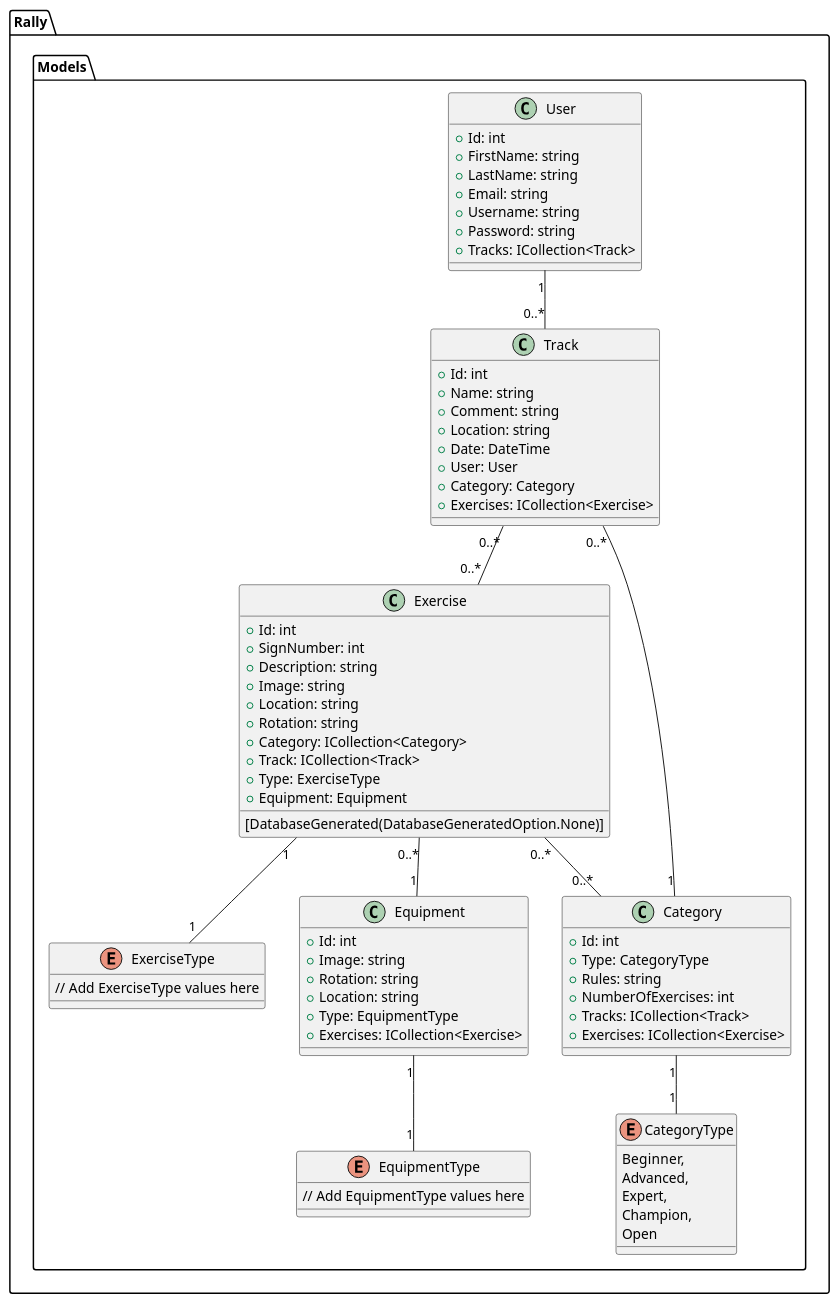
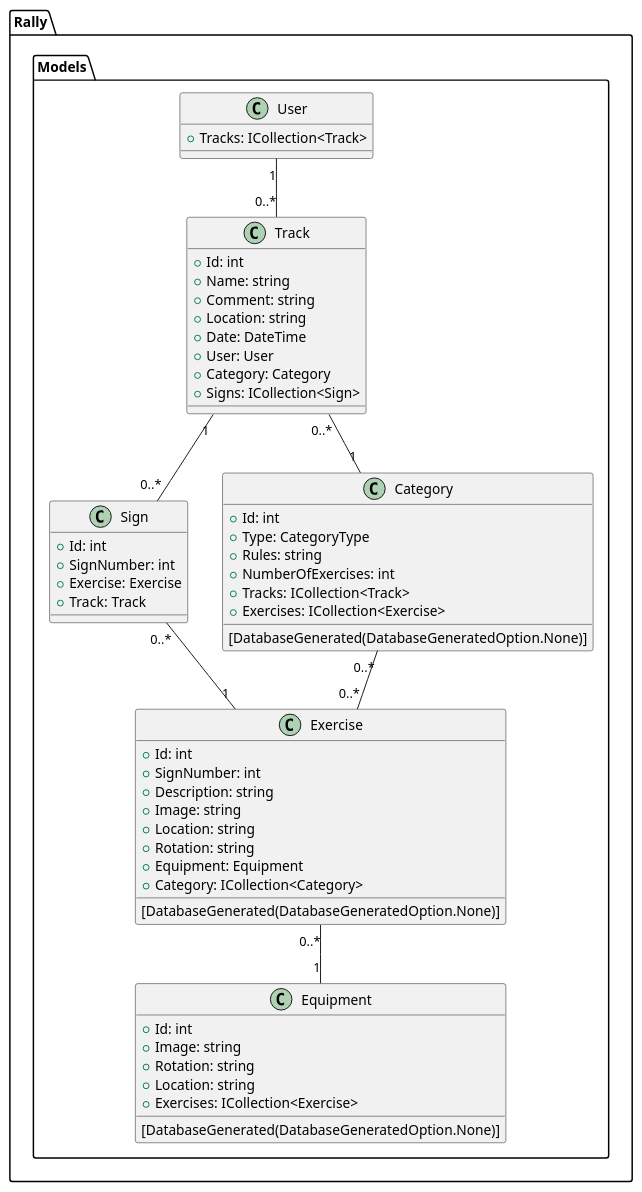
The diagram in Dodumentation/DSD_Models.wsd (DMOoF23-Team7-CAT/Project-Team7-Semester3), drawn with PlantUML before and after one commit. The commit also changed 29 other files, not shown here.

```diff
--- a/Dodumentation/DSD_Models.wsd
+++ b/Dodumentation/DSD_Models.wsd
@@ -1,85 +1,68 @@
 @startuml Design Class Diagram for models
 
 namespace Rally.Models {
     class User {
-        + Id: int
-        + FirstName: string
-        + LastName: string
-        + Email: string
-        + Username: string
-        + Password: string
         + Tracks: ICollection<Track>
     }
 
     class Track {
         + Id: int
         + Name: string
         + Comment: string
         + Location: string
         + Date: DateTime
         + User: User
         + Category: Category
-        + Exercises: ICollection<Exercise>
+        + Signs: ICollection<Sign>
+    }
+
+    class Sign {
+        + Id: int
+        + SignNumber: int
+        + Exercise: Exercise
+        + Track: Track
     }
 
     class Exercise {
         [DatabaseGenerated(DatabaseGeneratedOption.None)]
         + Id: int
         + SignNumber: int
         + Description: string
         + Image: string
         + Location: string
         + Rotation: string
+        + Equipment: Equipment
         + Category: ICollection<Category>
-        + Track: ICollection<Track>
-        + Type: ExerciseType
-        + Equipment: Equipment
-    }
-
-    enum ExerciseType {
-        // Add ExerciseType values here
     }
 
     class Equipment {
+        [DatabaseGenerated(DatabaseGeneratedOption.None)]
         + Id: int
         + Image: string
         + Rotation: string
         + Location: string
-        + Type: EquipmentType
         + Exercises: ICollection<Exercise>
     }
 
-    enum EquipmentType {
-        // Add EquipmentType values here
-    }
-
     class Category {
+        [DatabaseGenerated(DatabaseGeneratedOption.None)]
         + Id: int
         + Type: CategoryType
         + Rules: string
         + NumberOfExercises: int
         + Tracks: ICollection<Track>
         + Exercises: ICollection<Exercise>
     }
 
-    enum CategoryType {
-        Beginner,
-        Advanced,
-        Expert,
-        Champion,
-        Open
-    }
-
     User "1" -- "0..*" Track
     Track "0..*" -- "1" Category
-    Track "0..*" -- "0..*" Exercise
+    Track "1" -- "0..*" Sign
+    Sign "0..*" -- "1" Exercise
     Exercise "0..*" -- "1" Equipment
-    Exercise "0..*" -- "0..*" Category
-    Category "1" -- "1" CategoryType
-    Exercise "1" -- "1" ExerciseType
-    Equipment "1" -- "1" EquipmentType
+    Category "0..*" -- "0..*" Exercise
+
 }
 
 
 
 @enduml
```
